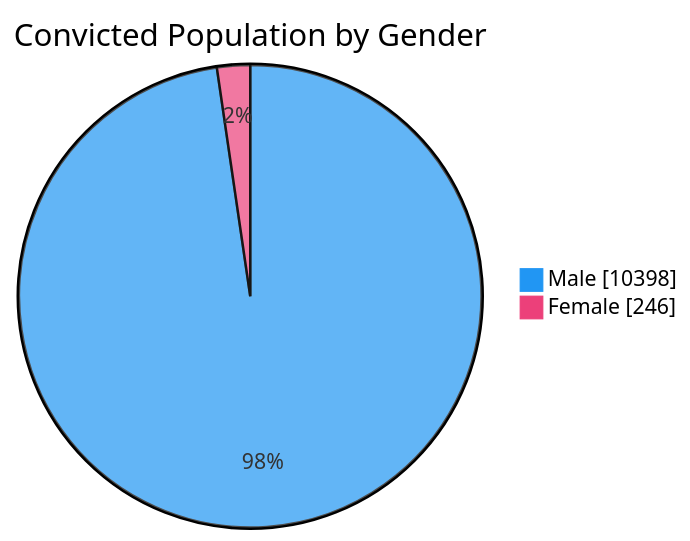
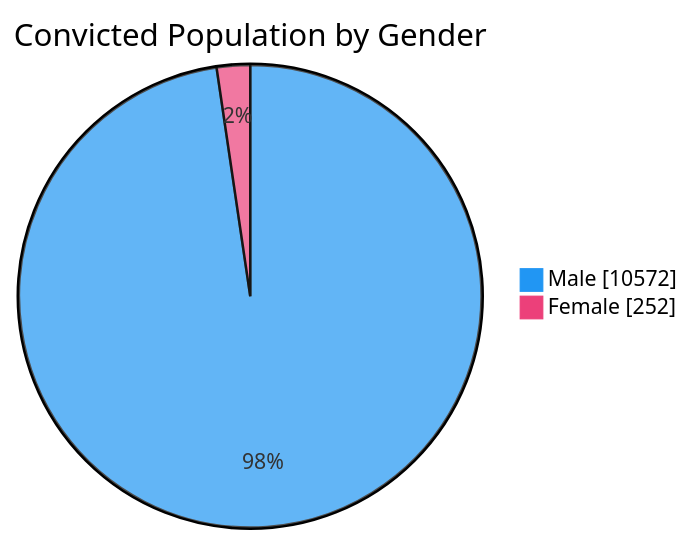
The third of 7 diagrams in README.md (nuuuwan/lk_prisons), drawn with Mermaid before and after one commit. The commit also changed other lines of this file and 1 other file, not shown here.

````diff
--- a/README.md
+++ b/README.md
@@ -65,6 +65,6 @@
 ```mermaid
 %%{init: {'themeVariables': {'pie1': '#2196F3', 'pie2': '#EC407A'}}}%%
 pie showData title Convicted Population by Gender
-    "Male" : 10398
-    "Female" : 246
+    "Male" : 10572
+    "Female" : 252
 ```
````
